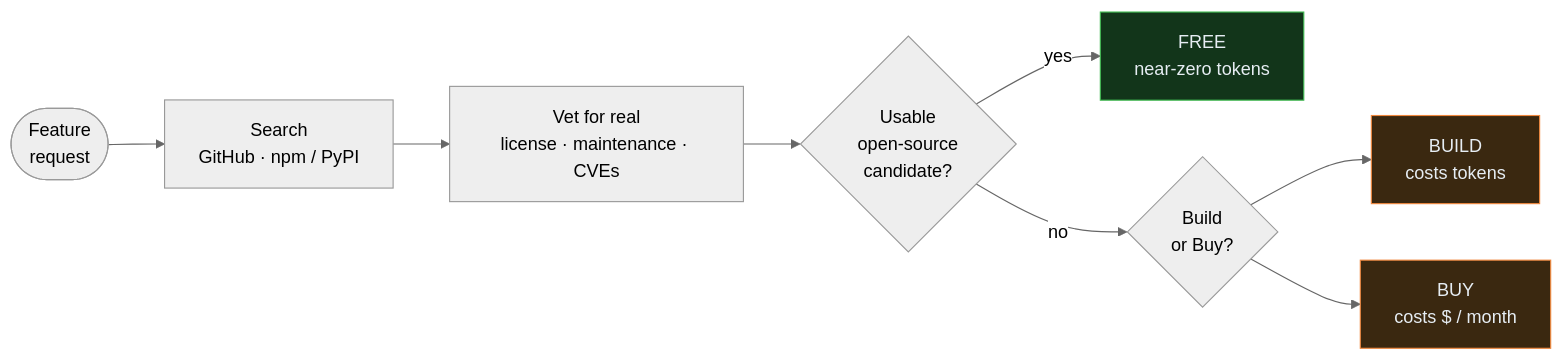
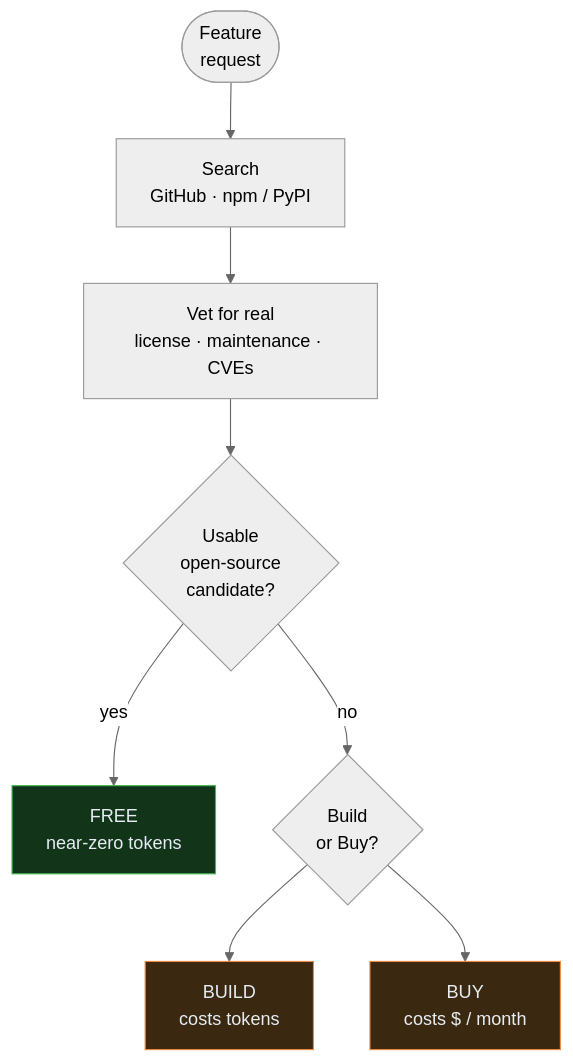
The diagram in README.md (Emanuelel/dont-reinvent), drawn with Mermaid (neutral theme) before and after one commit.

Commit message:
Use TD so GitHub's mermaid pan controls land on margin, not the BUY node

````diff
--- a/README.md
+++ b/README.md
@@ -65,15 +65,15 @@
 ```mermaid
-flowchart LR
+flowchart TD
     A(["Feature<br/>request"]) --> B["Search<br/>GitHub · npm / PyPI"]
     B --> C["Vet for real<br/>license · maintenance · CVEs"]
     C --> D{"Usable<br/>open-source<br/>candidate?"}
     D -- "yes" --> FREE["FREE<br/>near-zero tokens"]
     D -- "no" --> E{"Build<br/>or Buy?"}
     E --> BUILD["BUILD<br/>costs tokens"]
     E --> BUY["BUY<br/>costs $ / month"]
 
     classDef verdict fill:#12351a,stroke:#3fb950,color:#e6edf3
     classDef alt fill:#3a2810,stroke:#f0883e,color:#e6edf3
     class FREE verdict
     class BUILD,BUY alt
 ```
````
